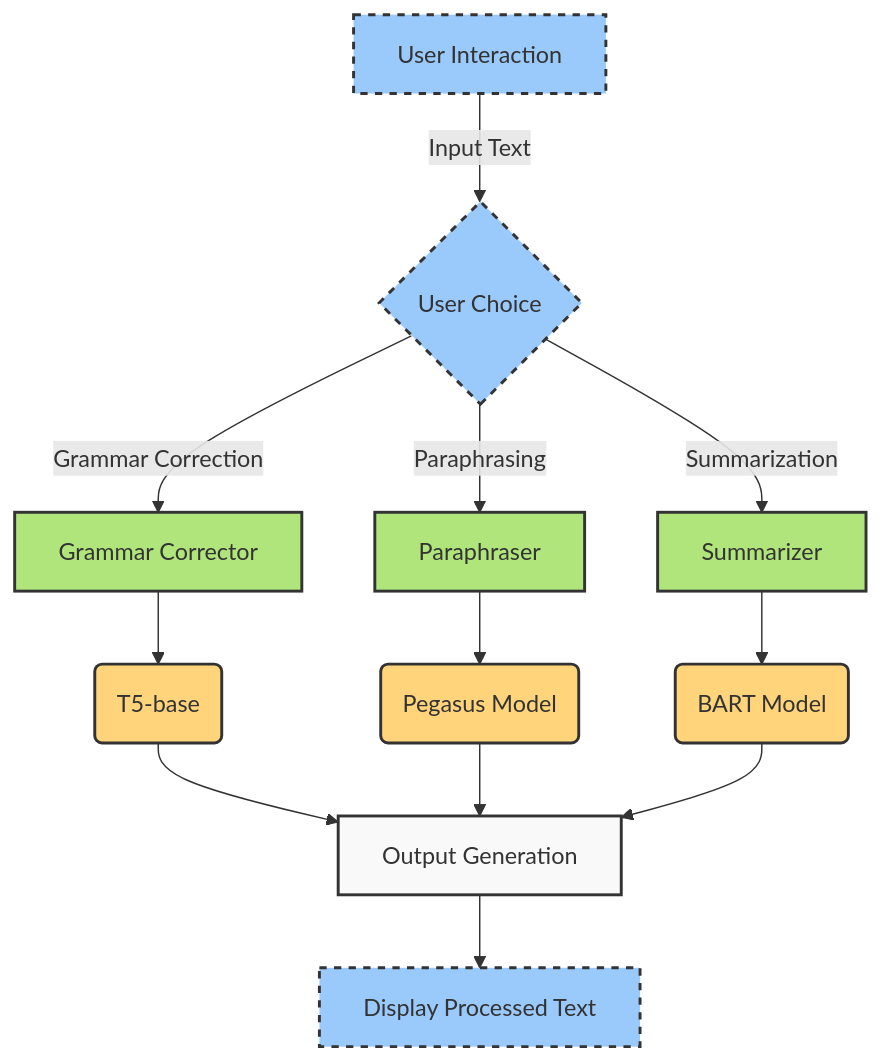
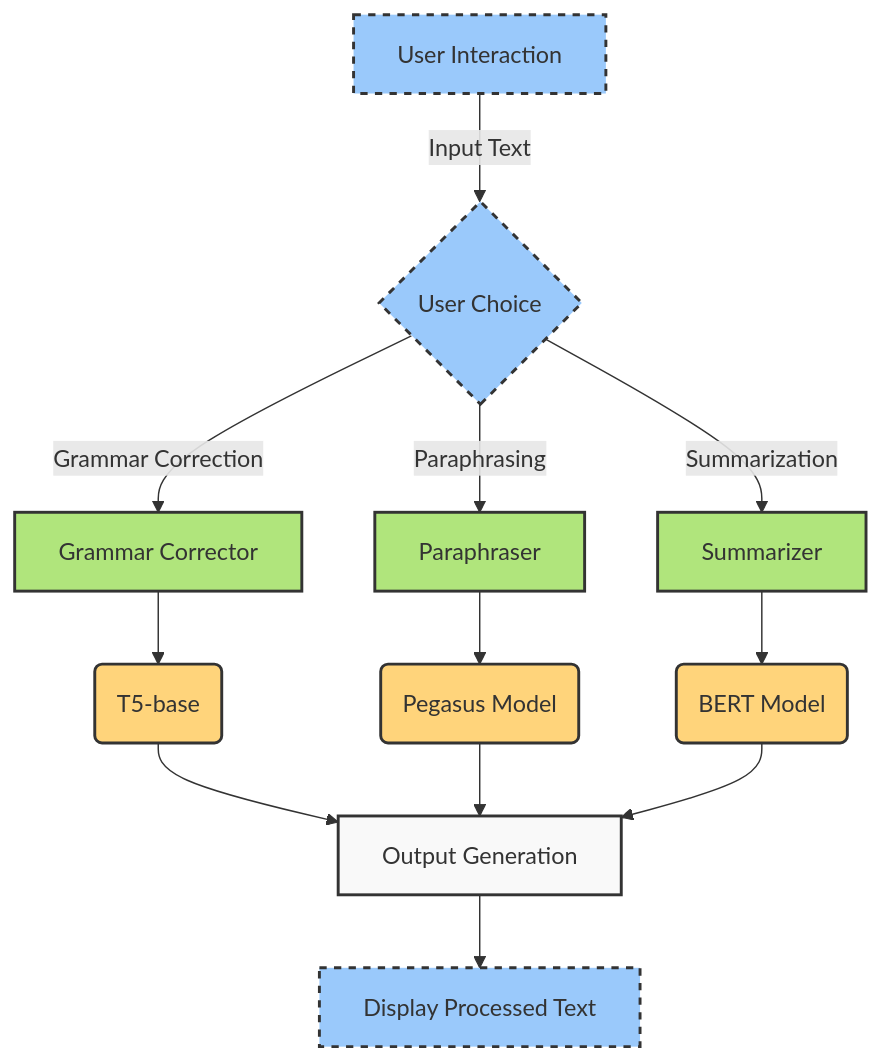
One commit to kunalnathkaustav/TextWizard- changed the diagram in README.md. Above: the diagram before and after it, drawn with Mermaid. The commit also changed other lines of this file, not shown here.

````diff
--- a/README.md
+++ b/README.md
@@ -37,28 +37,28 @@
 ```mermaid
 graph TD
   A[User Interaction] -->|Input Text| B{User Choice}
   B -->|Grammar Correction| C[Grammar Corrector]
   B -->|Paraphrasing| D[Paraphraser]
   B -->|Summarization| E[Summarizer]
   
   style A fill:#9ac9fb,stroke:#333,stroke-width:2px,stroke-dasharray: 5 5;
   style B fill:#9ac9fb,stroke:#333,stroke-width:2px,stroke-dasharray: 5 5;
   style C fill:#b0e57c,stroke:#333,stroke-width:2px;
   style D fill:#b0e57c,stroke:#333,stroke-width:2px;
   style E fill:#b0e57c,stroke:#333,stroke-width:2px;
   style F fill:#ffd47b,stroke:#333,stroke-width:2px;
   style G fill:#ffd47b,stroke:#333,stroke-width:2px;
   style H fill:#ffd47b,stroke:#333,stroke-width:2px;
   style I fill:#f9f9f9,stroke:#333,stroke-width:2px;
   style J fill:#9ac9fb,stroke:#333,stroke-width:2px,stroke-dasharray: 5 5;
   
   C --> F(T5-base)
   D --> G(Pegasus Model)
-  E --> H(BART Model)
+  E --> H(BERT Model)
   
   F --> I[Output Generation]
   G --> I[Output Generation]
   H --> I[Output Generation]
   
   I --> J[Display Processed Text]
 ```
````
